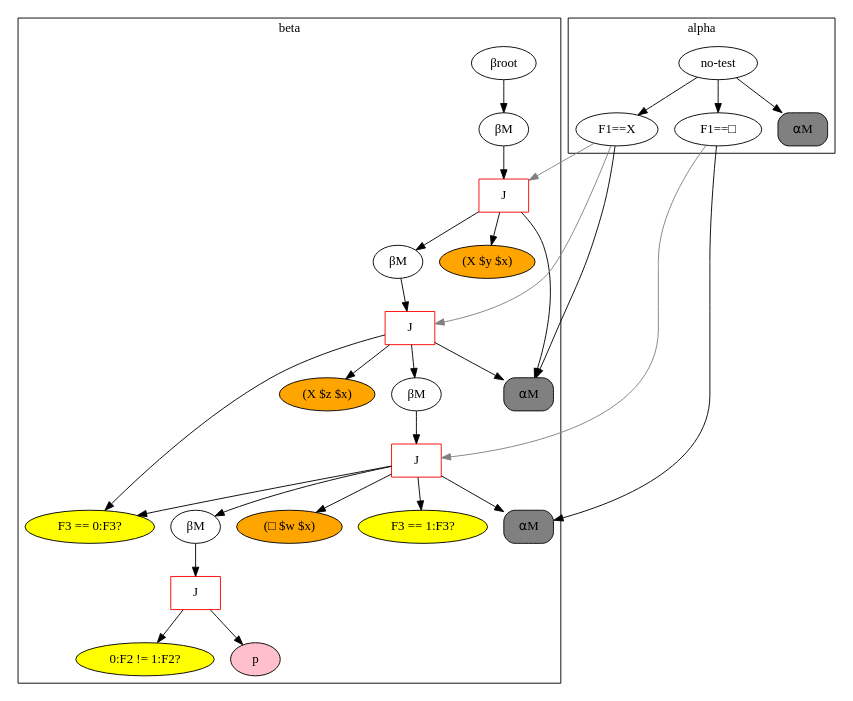
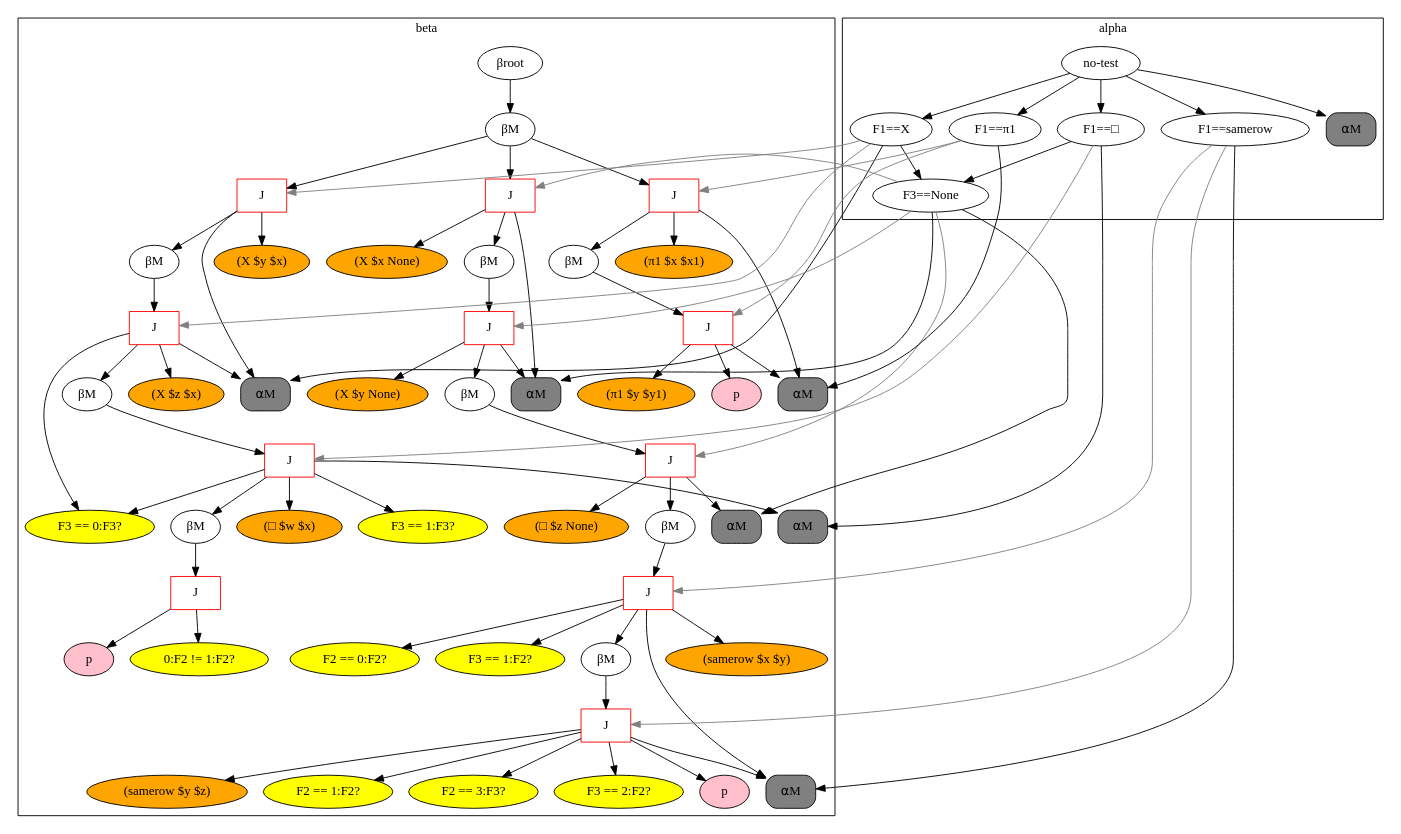
One commit to Cybernetic1/GIRL changed the diagram in rete.dot. Above: the diagram before and after it, drawn with Graphviz. The commit also changed 2 other files, not shown here.

```diff
--- a/rete.dot
+++ b/rete.dot
@@ -1,55 +1,133 @@
 digraph {
 	subgraph cluster_1 {
 	label = beta
-	"BetaNode 0x7f938942beb8" [label="βroot"];
-	"BetaNode 0x7f938942beb8" -> "BetaMemory 0x7f93893f9e80";
-	"BetaMemory 0x7f93893f9e80" [label="βM"];
-	"BetaMemory 0x7f93893f9e80" -> "JoinNode 0x7f93893f9f60";
-	"JoinNode 0x7f93893f9f60" [shape=box,color=red,label="J"];
-	"JoinNode 0x7f93893f9f60" -> "⍺M:<rete.alpha.AlphaMemory object at 0x7f93893f9f28>"
+	"BetaNode 0x7f15fa1f0dd8" [label="βroot"];
+	"BetaNode 0x7f15fa1f0dd8" -> "BetaMemory 0x7f15fa191630";
+	"BetaMemory 0x7f15fa191630" [label="βM"];
+	"BetaMemory 0x7f15fa191630" -> "JoinNode 0x7f15fa191710";
+	"JoinNode 0x7f15fa191710" [shape=box,color=red,label="J"];
+	"JoinNode 0x7f15fa191710" -> "⍺M:<rete.alpha.AlphaMemory object at 0x7f15fa1916d8>"
 	"(X $y $x)" [style=filled,fillcolor=orange];
-	"JoinNode 0x7f93893f9f60" -> "(X $y $x)"
-	"JoinNode 0x7f93893f9f60" -> "BetaMemory 0x7f93893f9f98";
-	"BetaMemory 0x7f93893f9f98" [label="βM"];
-	"BetaMemory 0x7f93893f9f98" -> "JoinNode 0x7f93893f9fd0";
-	"JoinNode 0x7f93893f9fd0" [shape=box,color=red,label="J"];
-	"JoinNode 0x7f93893f9fd0" -> "⍺M:<rete.alpha.AlphaMemory object at 0x7f93893f9f28>"
+	"JoinNode 0x7f15fa191710" -> "(X $y $x)"
+	"JoinNode 0x7f15fa191710" -> "BetaMemory 0x7f15fa191748";
+	"BetaMemory 0x7f15fa191748" [label="βM"];
+	"BetaMemory 0x7f15fa191748" -> "JoinNode 0x7f15fa191780";
+	"JoinNode 0x7f15fa191780" [shape=box,color=red,label="J"];
+	"JoinNode 0x7f15fa191780" -> "⍺M:<rete.alpha.AlphaMemory object at 0x7f15fa1916d8>"
 	"(X $z $x)" [style=filled,fillcolor=orange];
-	"JoinNode 0x7f93893f9fd0" -> "(X $z $x)"
+	"JoinNode 0x7f15fa191780" -> "(X $z $x)"
 	"F3 == 0:F3?" [style=filled,fillcolor=yellow];
-	"JoinNode 0x7f93893f9fd0" -> "F3 == 0:F3?"
-	"JoinNode 0x7f93893f9fd0" -> "BetaMemory 0x7f93893ff048";
-	"BetaMemory 0x7f93893ff048" [label="βM"];
-	"BetaMemory 0x7f93893ff048" -> "JoinNode 0x7f93893ff198";
-	"JoinNode 0x7f93893ff198" [shape=box,color=red,label="J"];
-	"JoinNode 0x7f93893ff198" -> "⍺M:<rete.alpha.AlphaMemory object at 0x7f93893ff0f0>"
+	"JoinNode 0x7f15fa191780" -> "F3 == 0:F3?"
+	"JoinNode 0x7f15fa191780" -> "BetaMemory 0x7f15fa1917b8";
+	"BetaMemory 0x7f15fa1917b8" [label="βM"];
+	"BetaMemory 0x7f15fa1917b8" -> "JoinNode 0x7f15fa191908";
+	"JoinNode 0x7f15fa191908" [shape=box,color=red,label="J"];
+	"JoinNode 0x7f15fa191908" -> "⍺M:<rete.alpha.AlphaMemory object at 0x7f15fa191860>"
 	"(□ $w $x)" [style=filled,fillcolor=orange];
-	"JoinNode 0x7f93893ff198" -> "(□ $w $x)"
+	"JoinNode 0x7f15fa191908" -> "(□ $w $x)"
 	"F3 == 0:F3?" [style=filled,fillcolor=yellow];
-	"JoinNode 0x7f93893ff198" -> "F3 == 0:F3?"
+	"JoinNode 0x7f15fa191908" -> "F3 == 0:F3?"
 	"F3 == 1:F3?" [style=filled,fillcolor=yellow];
-	"JoinNode 0x7f93893ff198" -> "F3 == 1:F3?"
-	"JoinNode 0x7f93893ff198" -> "BetaMemory 0x7f93893ff1d0";
-	"BetaMemory 0x7f93893ff1d0" [label="βM"];
-	"BetaMemory 0x7f93893ff1d0" -> "JoinNode 0x7f93893ff208";
-	"JoinNode 0x7f93893ff208" [shape=box,color=red,label="J"];
+	"JoinNode 0x7f15fa191908" -> "F3 == 1:F3?"
+	"JoinNode 0x7f15fa191908" -> "BetaMemory 0x7f15fa191940";
+	"BetaMemory 0x7f15fa191940" [label="βM"];
+	"BetaMemory 0x7f15fa191940" -> "JoinNode 0x7f15fa191978";
+	"JoinNode 0x7f15fa191978" [shape=box,color=red,label="J"];
 	"0:F2 != 1:F2?" [style=filled,fillcolor=yellow];
-	"JoinNode 0x7f93893ff208" -> "0:F2 != 1:F2?"
-	"JoinNode 0x7f93893ff208" -> "PNode 0x7f93893f9e48";
-	"PNode 0x7f93893f9e48" [style=filled,fillcolor=pink,label="p"];
+	"JoinNode 0x7f15fa191978" -> "0:F2 != 1:F2?"
+	"JoinNode 0x7f15fa191978" -> "PNode 0x7f15fa1915f8";
+	"PNode 0x7f15fa1915f8" [style=filled,fillcolor=pink,label="p"];
+	"BetaMemory 0x7f15fa191630" -> "JoinNode 0x7f15fa191b70";
+	"JoinNode 0x7f15fa191b70" [shape=box,color=red,label="J"];
+	"JoinNode 0x7f15fa191b70" -> "⍺M:<rete.alpha.AlphaMemory object at 0x7f15fa191b38>"
+	"(X $x None)" [style=filled,fillcolor=orange];
+	"JoinNode 0x7f15fa191b70" -> "(X $x None)"
+	"JoinNode 0x7f15fa191b70" -> "BetaMemory 0x7f15fa191ba8";
+	"BetaMemory 0x7f15fa191ba8" [label="βM"];
+	"BetaMemory 0x7f15fa191ba8" -> "JoinNode 0x7f15fa191be0";
+	"JoinNode 0x7f15fa191be0" [shape=box,color=red,label="J"];
+	"JoinNode 0x7f15fa191be0" -> "⍺M:<rete.alpha.AlphaMemory object at 0x7f15fa191b38>"
+	"(X $y None)" [style=filled,fillcolor=orange];
+	"JoinNode 0x7f15fa191be0" -> "(X $y None)"
+	"JoinNode 0x7f15fa191be0" -> "BetaMemory 0x7f15fa191c18";
+	"BetaMemory 0x7f15fa191c18" [label="βM"];
+	"BetaMemory 0x7f15fa191c18" -> "JoinNode 0x7f15fa191cc0";
+	"JoinNode 0x7f15fa191cc0" [shape=box,color=red,label="J"];
+	"JoinNode 0x7f15fa191cc0" -> "⍺M:<rete.alpha.AlphaMemory object at 0x7f15fa191c88>"
+	"(□ $z None)" [style=filled,fillcolor=orange];
+	"JoinNode 0x7f15fa191cc0" -> "(□ $z None)"
+	"JoinNode 0x7f15fa191cc0" -> "BetaMemory 0x7f15fa191cf8";
+	"BetaMemory 0x7f15fa191cf8" [label="βM"];
+	"BetaMemory 0x7f15fa191cf8" -> "JoinNode 0x7f15fa191e10";
+	"JoinNode 0x7f15fa191e10" [shape=box,color=red,label="J"];
+	"JoinNode 0x7f15fa191e10" -> "⍺M:<rete.alpha.AlphaMemory object at 0x7f15fa191d68>"
+	"(samerow $x $y)" [style=filled,fillcolor=orange];
+	"JoinNode 0x7f15fa191e10" -> "(samerow $x $y)"
+	"F2 == 0:F2?" [style=filled,fillcolor=yellow];
+	"JoinNode 0x7f15fa191e10" -> "F2 == 0:F2?"
+	"F3 == 1:F2?" [style=filled,fillcolor=yellow];
+	"JoinNode 0x7f15fa191e10" -> "F3 == 1:F2?"
+	"JoinNode 0x7f15fa191e10" -> "BetaMemory 0x7f15fa191e48";
+	"BetaMemory 0x7f15fa191e48" [label="βM"];
+	"BetaMemory 0x7f15fa191e48" -> "JoinNode 0x7f15fa191e80";
+	"JoinNode 0x7f15fa191e80" [shape=box,color=red,label="J"];
+	"JoinNode 0x7f15fa191e80" -> "⍺M:<rete.alpha.AlphaMemory object at 0x7f15fa191d68>"
+	"(samerow $y $z)" [style=filled,fillcolor=orange];
+	"JoinNode 0x7f15fa191e80" -> "(samerow $y $z)"
+	"F2 == 1:F2?" [style=filled,fillcolor=yellow];
+	"JoinNode 0x7f15fa191e80" -> "F2 == 1:F2?"
+	"F2 == 3:F3?" [style=filled,fillcolor=yellow];
+	"JoinNode 0x7f15fa191e80" -> "F2 == 3:F3?"
+	"F3 == 2:F2?" [style=filled,fillcolor=yellow];
+	"JoinNode 0x7f15fa191e80" -> "F3 == 2:F2?"
+	"JoinNode 0x7f15fa191e80" -> "PNode 0x7f15fa191ac8";
+	"PNode 0x7f15fa191ac8" [style=filled,fillcolor=pink,label="p"];
+	"BetaMemory 0x7f15fa191630" -> "JoinNode 0x7f15fa1990b8";
+	"JoinNode 0x7f15fa1990b8" [shape=box,color=red,label="J"];
+	"JoinNode 0x7f15fa1990b8" -> "⍺M:<rete.alpha.AlphaMemory object at 0x7f15fa199080>"
+	"(π1 $x $x1)" [style=filled,fillcolor=orange];
+	"JoinNode 0x7f15fa1990b8" -> "(π1 $x $x1)"
+	"JoinNode 0x7f15fa1990b8" -> "BetaMemory 0x7f15fa1990f0";
+	"BetaMemory 0x7f15fa1990f0" [label="βM"];
+	"BetaMemory 0x7f15fa1990f0" -> "JoinNode 0x7f15fa199128";
+	"JoinNode 0x7f15fa199128" [shape=box,color=red,label="J"];
+	"JoinNode 0x7f15fa199128" -> "⍺M:<rete.alpha.AlphaMemory object at 0x7f15fa199080>"
+	"(π1 $y $y1)" [style=filled,fillcolor=orange];
+	"JoinNode 0x7f15fa199128" -> "(π1 $y $y1)"
+	"JoinNode 0x7f15fa199128" -> "PNode 0x7f15fa191fd0";
+	"PNode 0x7f15fa191fd0" [style=filled,fillcolor=pink,label="p"];
 	}
 	subgraph cluster_0 {
 	label = alpha
 	"no-test" -> "F1==X";
-	"F1==X" -> "⍺M:<rete.alpha.AlphaMemory object at 0x7f93893f9f28>";
-	"⍺M:<rete.alpha.AlphaMemory object at 0x7f93893f9f28>" [shape=box, style="rounded,filled", label="⍺M", fillcolor=gray];
+	"F1==X" -> "F3==None";
+	"F3==None" -> "⍺M:<rete.alpha.AlphaMemory object at 0x7f15fa191b38>";
+	"⍺M:<rete.alpha.AlphaMemory object at 0x7f15fa191b38>" [shape=box, style="rounded,filled", label="⍺M", fillcolor=gray];
+	"F1==X" -> "⍺M:<rete.alpha.AlphaMemory object at 0x7f15fa1916d8>";
+	"⍺M:<rete.alpha.AlphaMemory object at 0x7f15fa1916d8>" [shape=box, style="rounded,filled", label="⍺M", fillcolor=gray];
 	"no-test" -> "F1==□";
-	"F1==□" -> "⍺M:<rete.alpha.AlphaMemory object at 0x7f93893ff0f0>";
-	"⍺M:<rete.alpha.AlphaMemory object at 0x7f93893ff0f0>" [shape=box, style="rounded,filled", label="⍺M", fillcolor=gray];
-	"no-test" -> "⍺M:<rete.alpha.AlphaMemory object at 0x7f938942bdd8>";
-	"⍺M:<rete.alpha.AlphaMemory object at 0x7f938942bdd8>" [shape=box, style="rounded,filled", label="⍺M", fillcolor=gray];
+	"F1==□" -> "F3==None";
+	"F3==None" -> "⍺M:<rete.alpha.AlphaMemory object at 0x7f15fa191c88>";
+	"⍺M:<rete.alpha.AlphaMemory object at 0x7f15fa191c88>" [shape=box, style="rounded,filled", label="⍺M", fillcolor=gray];
+	"F1==□" -> "⍺M:<rete.alpha.AlphaMemory object at 0x7f15fa191860>";
+	"⍺M:<rete.alpha.AlphaMemory object at 0x7f15fa191860>" [shape=box, style="rounded,filled", label="⍺M", fillcolor=gray];
+	"no-test" -> "F1==samerow";
+	"F1==samerow" -> "⍺M:<rete.alpha.AlphaMemory object at 0x7f15fa191d68>";
+	"⍺M:<rete.alpha.AlphaMemory object at 0x7f15fa191d68>" [shape=box, style="rounded,filled", label="⍺M", fillcolor=gray];
+	"no-test" -> "F1==π1";
+	"F1==π1" -> "⍺M:<rete.alpha.AlphaMemory object at 0x7f15fa199080>";
+	"⍺M:<rete.alpha.AlphaMemory object at 0x7f15fa199080>" [shape=box, style="rounded,filled", label="⍺M", fillcolor=gray];
+	"no-test" -> "⍺M:<rete.alpha.AlphaMemory object at 0x7f15fa1f0cf8>";
+	"⍺M:<rete.alpha.AlphaMemory object at 0x7f15fa1f0cf8>" [shape=box, style="rounded,filled", label="⍺M", fillcolor=gray];
 	}
-	"F1==X" -> "JoinNode 0x7f93893f9f60" [color=gray];
-	"F1==X" -> "JoinNode 0x7f93893f9fd0" [color=gray];
-	"F1==□" -> "JoinNode 0x7f93893ff198" [color=gray];
+	"F1==X" -> "JoinNode 0x7f15fa191710" [color=gray];
+	"F1==X" -> "JoinNode 0x7f15fa191780" [color=gray];
+	"F3==None" -> "JoinNode 0x7f15fa191b70" [color=gray];
+	"F3==None" -> "JoinNode 0x7f15fa191be0" [color=gray];
+	"F1==□" -> "JoinNode 0x7f15fa191908" [color=gray];
+	"F3==None" -> "JoinNode 0x7f15fa191cc0" [color=gray];
+	"F1==samerow" -> "JoinNode 0x7f15fa191e10" [color=gray];
+	"F1==samerow" -> "JoinNode 0x7f15fa191e80" [color=gray];
+	"F1==π1" -> "JoinNode 0x7f15fa1990b8" [color=gray];
+	"F1==π1" -> "JoinNode 0x7f15fa199128" [color=gray];
 }
```
